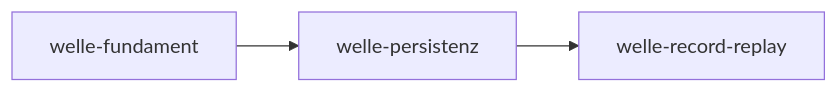
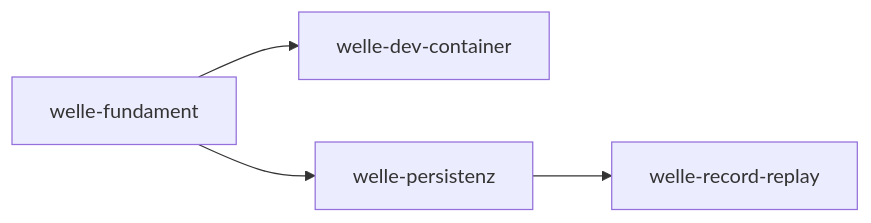
Before and after one commit to pt9912/odata-recorder: the diagram in docs/plan/planning/in-progress/roadmap.md, drawn with Mermaid. The commit also changed other lines of this file and 22 other files, not shown here.

Commit message:
Werkzeugvertraege nach harness/vertraege (MR-001, ADR-0004), harte Regeln 3.8-3.14, Randformen und Metrik in den Slices, welle-dev-container geplant (LH-QA-06, ADR-0004)

````diff
--- a/docs/plan/planning/in-progress/roadmap.md
+++ b/docs/plan/planning/in-progress/roadmap.md
@@ -57,9 +58,11 @@
 ```mermaid
 flowchart LR
     F[welle-fundament]
+    D[welle-dev-container]
     P[welle-persistenz]
     R[welle-record-replay]
 
+    F --> D
     F --> P
     P --> R
 ```
````
